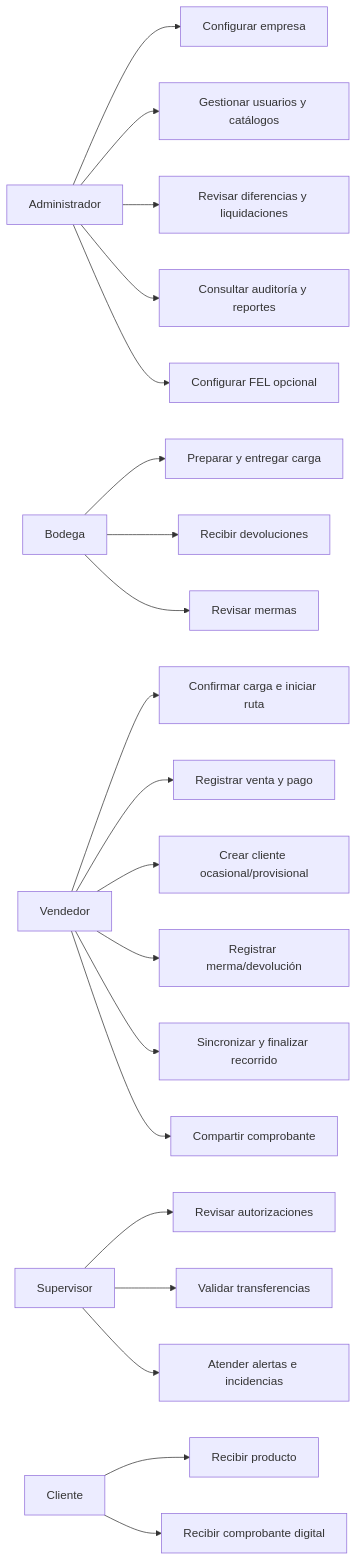
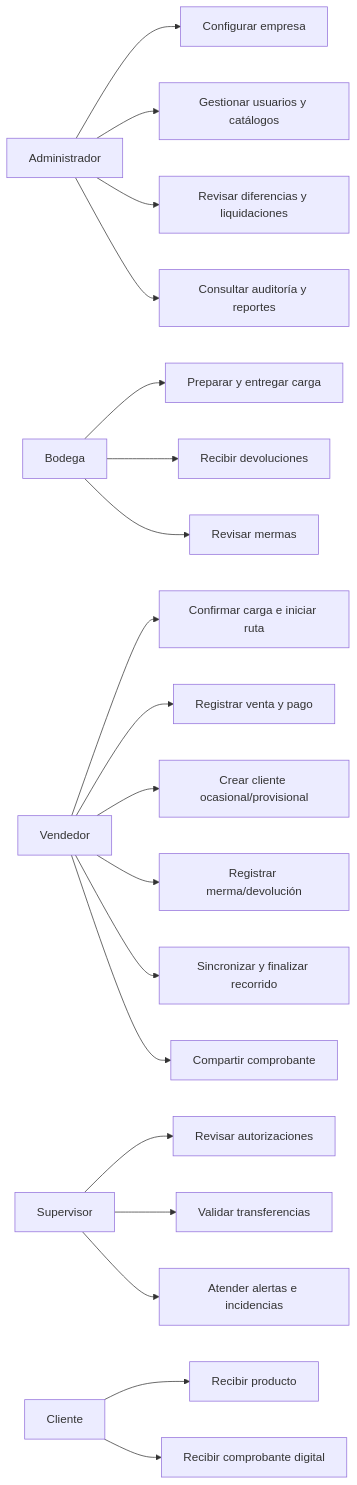
Before and after one commit to mchiroyl/purified-water-management: the diagram in diagrams/use-cases/use-cases-by-role.mmd, drawn with Mermaid. The commit also changed 73 other files, not shown here.

```diff
--- a/diagrams/use-cases/use-cases-by-role.mmd
+++ b/diagrams/use-cases/use-cases-by-role.mmd
@@ -1,24 +1,23 @@
 flowchart LR
     Admin["Administrador"] --> A1["Configurar empresa"]
     Admin --> A2["Gestionar usuarios y catálogos"]
     Admin --> A3["Revisar diferencias y liquidaciones"]
     Admin --> A4["Consultar auditoría y reportes"]
-    Admin --> A5["Configurar FEL opcional"]
 
     Warehouse["Bodega"] --> B1["Preparar y entregar carga"]
     Warehouse --> B2["Recibir devoluciones"]
     Warehouse --> B3["Revisar mermas"]
 
     Seller["Vendedor"] --> V1["Confirmar carga e iniciar ruta"]
     Seller --> V2["Registrar venta y pago"]
     Seller --> V3["Crear cliente ocasional/provisional"]
     Seller --> V4["Registrar merma/devolución"]
     Seller --> V5["Sincronizar y finalizar recorrido"]
     Seller --> V6["Compartir comprobante"]
 
     Supervisor["Supervisor"] --> S1["Revisar autorizaciones"]
     Supervisor --> S2["Validar transferencias"]
     Supervisor --> S3["Atender alertas e incidencias"]
 
     Customer["Cliente"] --> C1["Recibir producto"]
     Customer --> C2["Recibir comprobante digital"]
```
